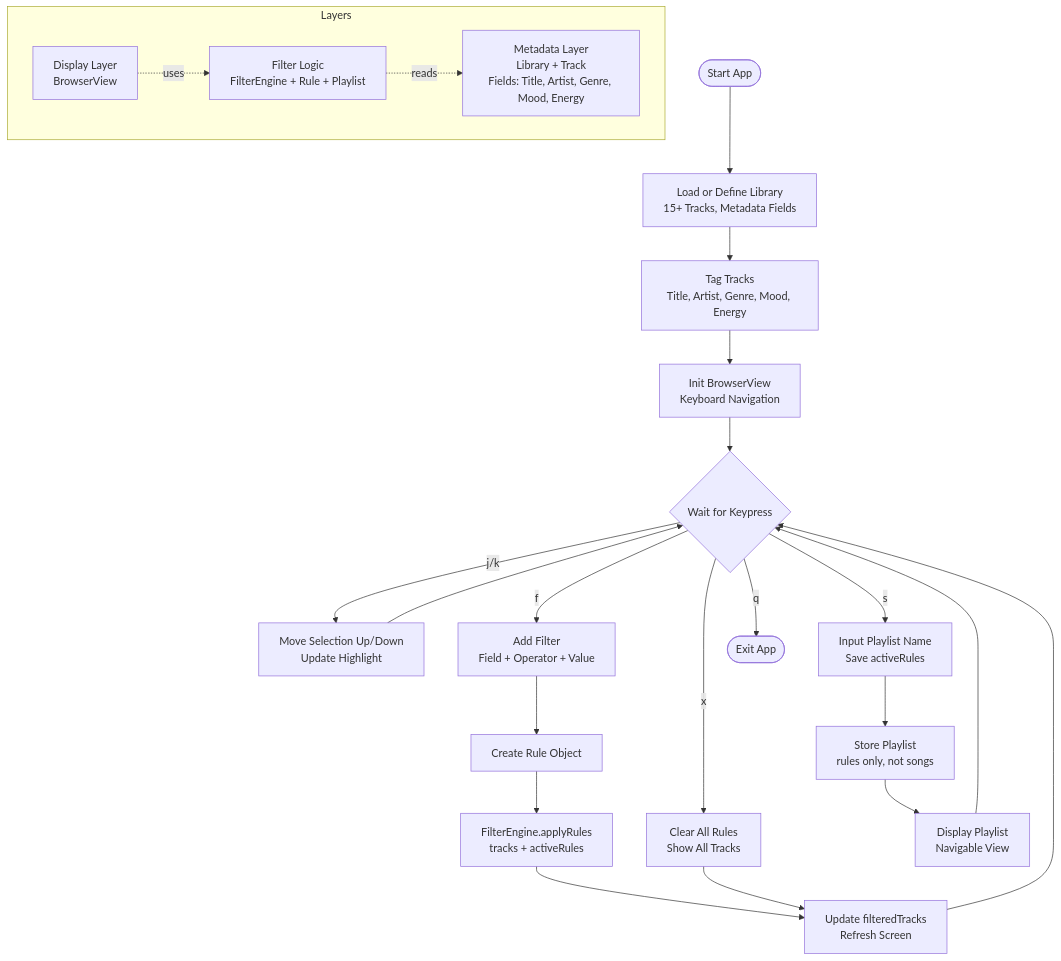
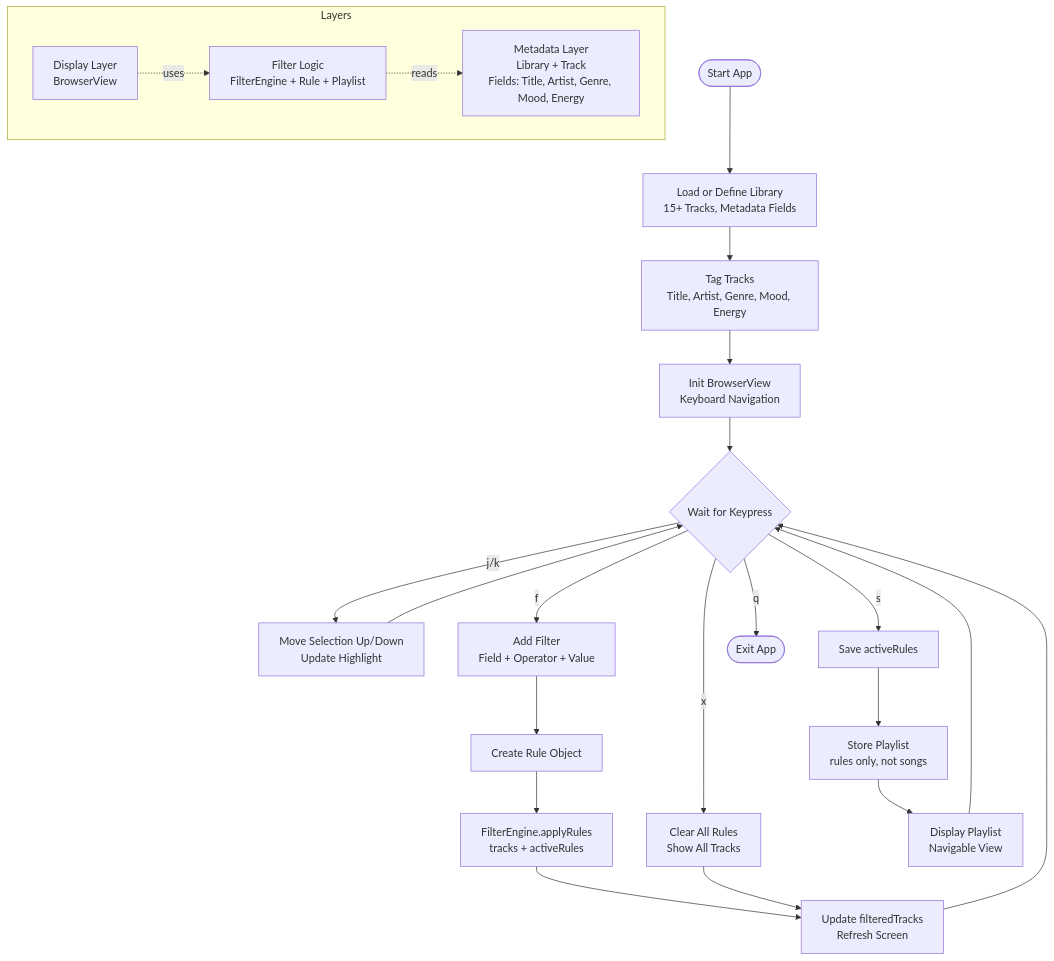
One commit to BSCpE-2-Software-Design/Libretto changed the second of 3 diagrams in README.md. Above: the diagram before and after it, drawn with Mermaid. The commit also changed other lines of this file, not shown here.

````diff
--- a/README.md
+++ b/README.md
@@ -74,36 +74,37 @@
 ```mermaid
 flowchart TB
     Start([Start App]) --> LoadLib[Load or Define Library<br/>15+ Tracks, Metadata Fields]
     LoadLib --> TagTracks[Tag Tracks<br/>Title, Artist, Genre, Mood, Energy]
     TagTracks --> InitUI[Init BrowserView<br/>Keyboard Navigation]
     InitUI --> WaitInput{Wait for Keypress}
 
     WaitInput -->|j/k| Navigate[Move Selection Up/Down<br/>Update Highlight]
     Navigate --> WaitInput
 
     WaitInput -->|f| AddFilter[Add Filter<br/>Field + Operator + Value]
     AddFilter --> CreateRule[Create Rule Object]
     CreateRule --> ApplyFilter[FilterEngine.applyRules<br/>tracks + activeRules]
     ApplyFilter --> UpdateView[Update filteredTracks<br/>Refresh Screen]
     UpdateView --> WaitInput
 
     WaitInput -->|x| ClearFilters[Clear All Rules<br/>Show All Tracks]
     ClearFilters --> UpdateView
 
-    WaitInput -->|s| SavePlaylist[Input Playlist Name<br/>Save activeRules]
+    WaitInput -->|s| SavePlaylist[Save activeRules]
     SavePlaylist --> StorePL[Store Playlist<br/>rules only, not songs]
     StorePL --> DisplayPL[Display Playlist<br/>Navigable View]
     DisplayPL --> WaitInput
 
     WaitInput -->|q| Exit([Exit App])
 
     subgraph Layers
         direction LR
         L1[Display Layer<br/>BrowserView] 
         L2[Filter Logic<br/>FilterEngine + Rule + Playlist]
         L3[Metadata Layer<br/>Library + Track<br/>Fields: Title, Artist, Genre, Mood, Energy]
     end
 
     L1 -.->|uses| L2
     L2 -.->|reads| L3
+
 ```
````
